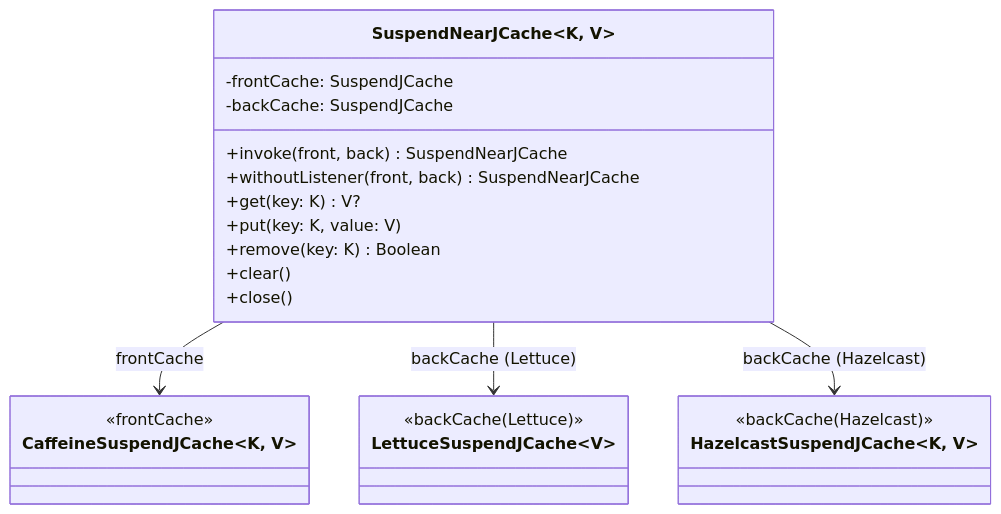
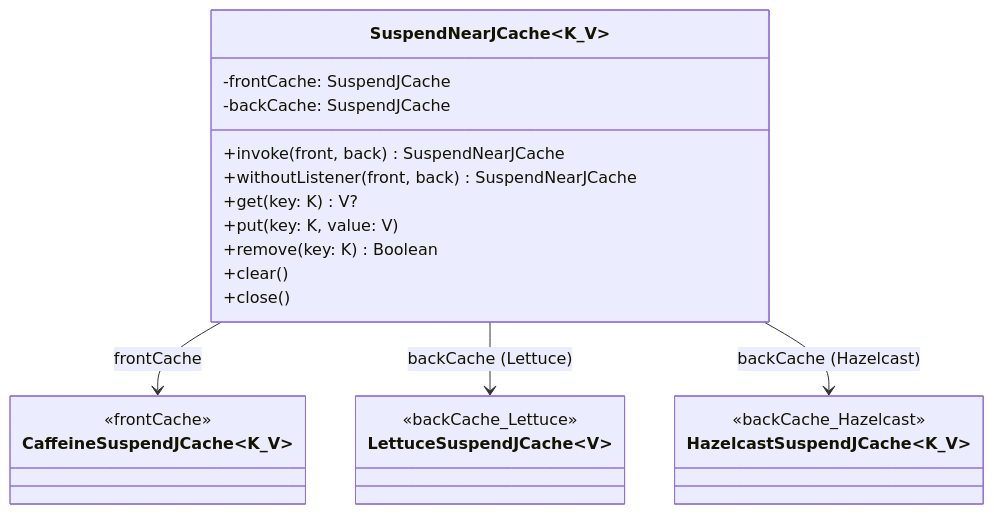
Before and after one commit to bluetape4k/bluetape4k-projects: the seventh of 7 diagrams in infra/cache-core/README.md, drawn with Mermaid. The commit also changed other lines of this file and 95 other files, not shown here.

First line of the commit message:
docs: Mermaid 파서 오류 전체 수정 (IntelliJ IDEA 호환)

````diff
--- a/infra/cache-core/README.md
+++ b/infra/cache-core/README.md
@@ -286,30 +274,30 @@
 ```mermaid
 classDiagram
-    class SuspendNearJCache~K, V~ {
+    class SuspendNearJCache~K_V~ {
 -frontCache: SuspendJCache
 -backCache: SuspendJCache
         +invoke(front, back) SuspendNearJCache
         +withoutListener(front, back) SuspendNearJCache
         +get(key: K) V?
         +put(key: K, value: V)
         +remove(key: K) Boolean
         +clear()
         +close()
     }
 
-class CaffeineSuspendJCache~K, V~ {
+class CaffeineSuspendJCache~K_V~ {
         <<frontCache>>
     }
 
     class LettuceSuspendJCache~V~ {
-<<backCache(Lettuce)>>
+<<backCache_Lettuce>>
     }
 
-class HazelcastSuspendJCache~K, V~ {
-<<backCache(Hazelcast)>>
+class HazelcastSuspendJCache~K_V~ {
+<<backCache_Hazelcast>>
     }
 
 SuspendNearJCache --> CaffeineSuspendJCache: frontCache
 SuspendNearJCache --> LettuceSuspendJCache: backCache (Lettuce)
 SuspendNearJCache --> HazelcastSuspendJCache: backCache (Hazelcast)
 ```
````
